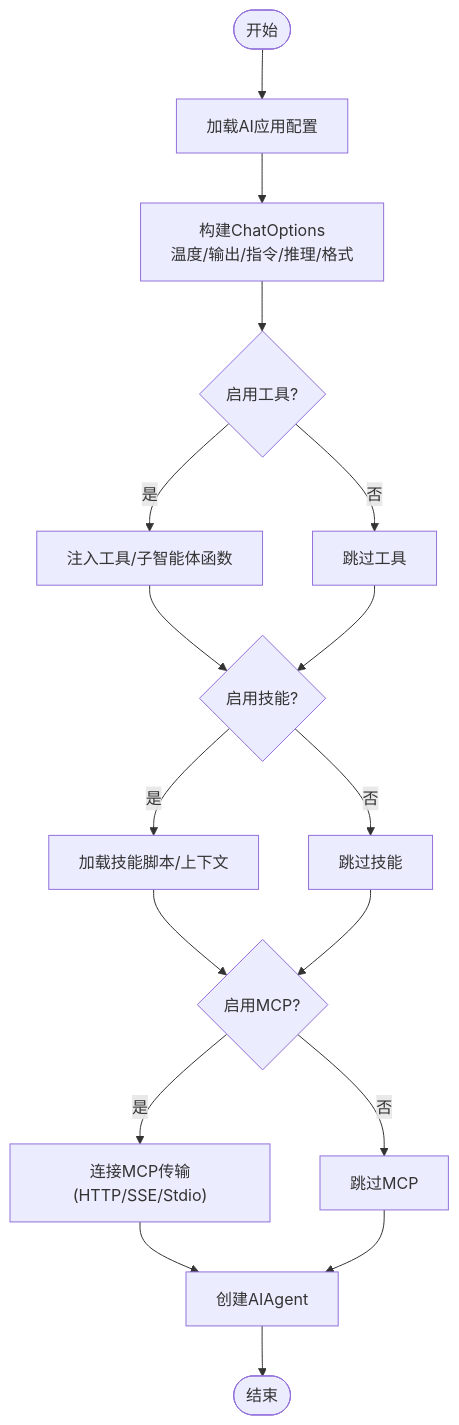
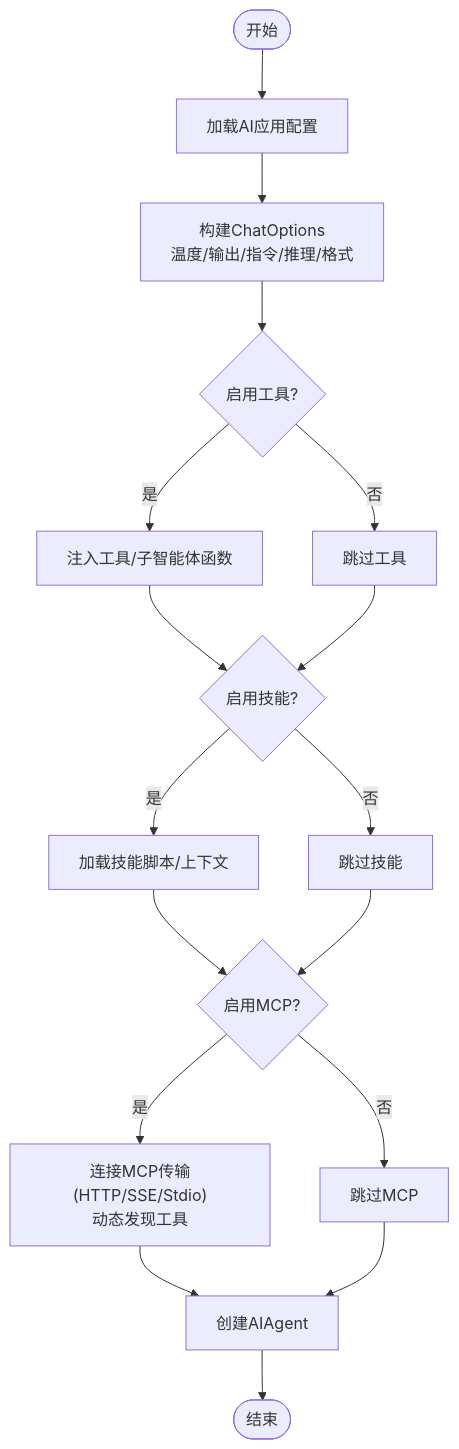
The third of 11 diagrams in .qoder/repowiki/zh/content/核心模块/AI智能助手/AI智能助手.md (junkai-li/NetCoreKevin), drawn with Mermaid before and after one commit. The commit also changed other lines of this file and 41 other files, not shown here.

````diff
--- a/.qoder/repowiki/zh/content/核心模块/AI智能助手/AI智能助手.md
+++ b/.qoder/repowiki/zh/content/核心模块/AI智能助手/AI智能助手.md
@@ -157,19 +175,19 @@
 ```mermaid
 flowchart TD
 Start(["开始"]) --> LoadApp["加载AI应用配置"]
 LoadApp --> BuildOpt["构建ChatOptions<br/>温度/输出/指令/推理/格式"]
 BuildOpt --> Tools{"启用工具?"}
 Tools -- 是 --> AddTools["注入工具/子智能体函数"]
 Tools -- 否 --> SkipTools["跳过工具"]
 AddTools --> Skills{"启用技能?"}
 SkipTools --> Skills
 Skills -- 是 --> AddSkills["加载技能脚本/上下文"]
 Skills -- 否 --> SkipSkills["跳过技能"]
 AddSkills --> MCP{"启用MCP?"}
 SkipSkills --> MCP
-MCP -- 是 --> AddMCP["连接MCP传输(HTTP/SSE/Stdio)"]
+MCP -- 是 --> AddMCP["连接MCP传输(HTTP/SSE/Stdio)<br/>动态发现工具"]
 MCP -- 否 --> SkipMCP["跳过MCP"]
 AddMCP --> CreateAgent["创建AIAgent"]
 SkipMCP --> CreateAgent
 CreateAgent --> End(["结束"])
 ```
````
